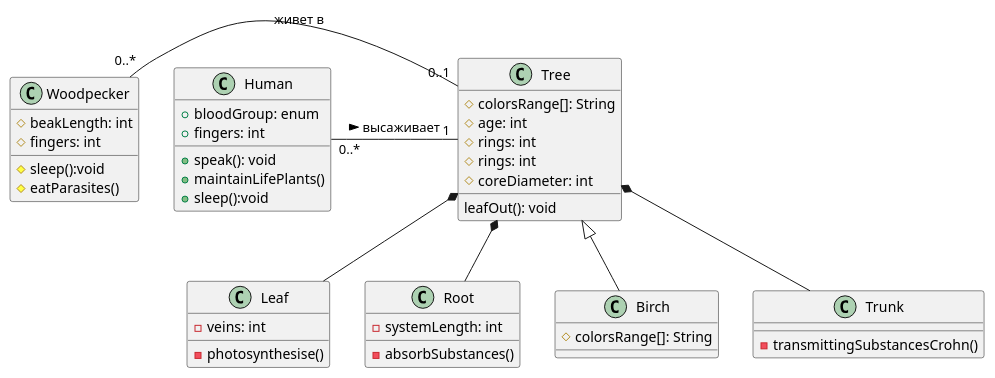
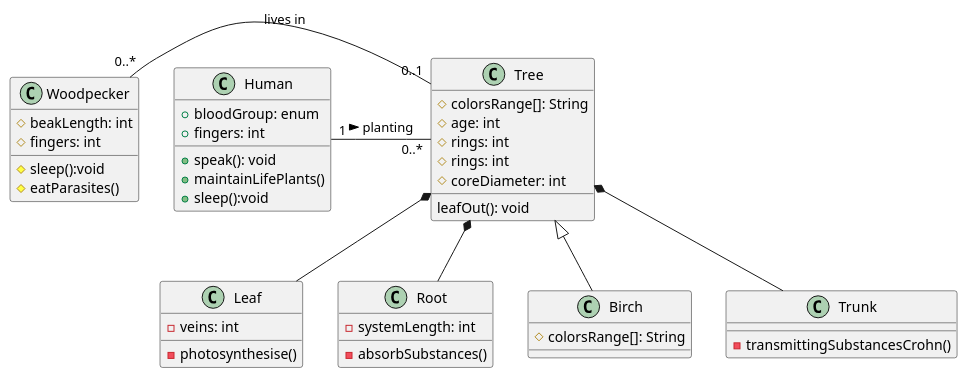
One commit to denmaloyreb/netology changed the diagram in class_diagram.wsd. Above: the diagram before and after it, drawn with PlantUML. The commit also changed 2 other files, not shown here.

Commit message:
Change diagrams

```diff
--- a/class_diagram.wsd
+++ b/class_diagram.wsd
@@ -1,52 +1,52 @@
 @startuml
 class           Tree {
   # colorsRange[]: String
   # age: int
   # rings: int
   # rings: int
   # coreDiameter: int
   leafOut(): void
 }
 class           Human {
   + bloodGroup: enum
   + fingers: int
   + speak(): void
   + maintainLifePlants()
   + sleep():void
 }
 
 class           Leaf{
   - veins: int
   - photosynthesise()
 }
 
 class           Root{
   - systemLength: int
   - absorbSubstances()
 }
 
 class           Birch{
   # colorsRange[]: String
 
 }
 
 class           Trunk {
   - transmittingSubstancesCrohn()
 
 }
 
 class           Woodpecker {
   # beakLength: int
   # fingers: int
   # sleep():void
   # eatParasites()
 }
 
 
 Tree <|-- Birch
 Tree *-- Trunk
 Tree *-- Root
 Tree *-- Leaf
-Woodpecker "0..*" - "0..1" Tree: живет в
-Human "0..*" - "1" Tree: высаживает >
+Woodpecker "0..*" - "0..1" Tree: lives in
+Human "1" - "0..*" Tree: planting >
 @enduml
```
